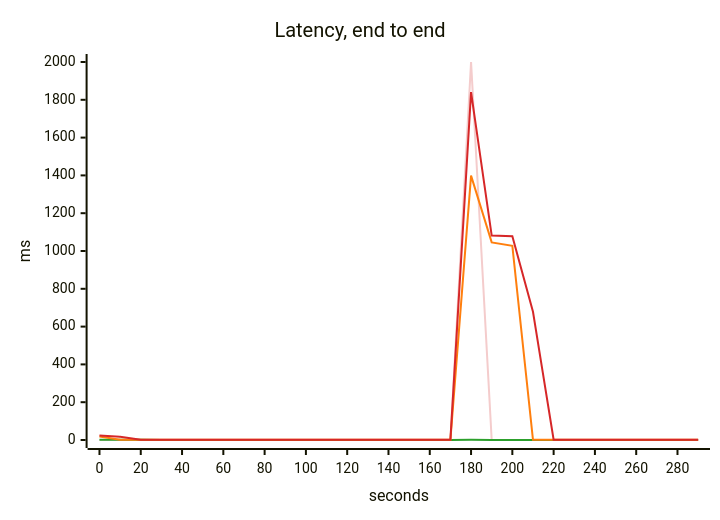
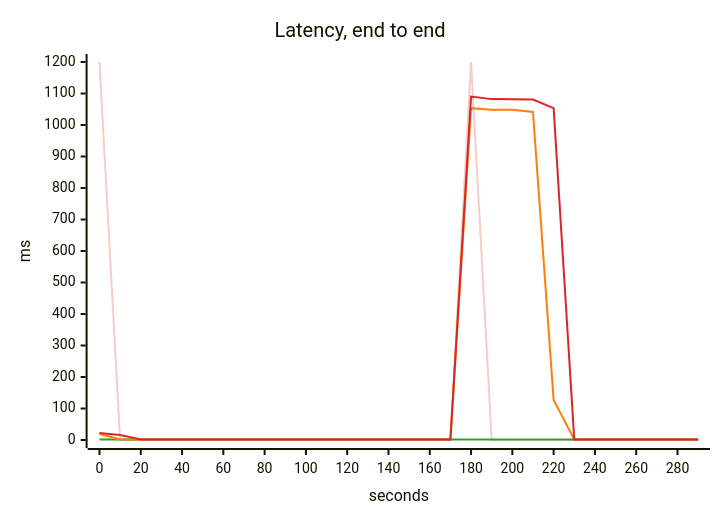
Before and after one commit to akinfemi/load-lore: the third of 5 diagrams in scenarios/cache-restart/solutions/coalesce/report.md, drawn with Mermaid. The commit also changed other lines of this file and 49 other files, not shown here.

````diff
--- a/scenarios/cache-restart/solutions/coalesce/report.md
+++ b/scenarios/cache-restart/solutions/coalesce/report.md
@@ -61,17 +60,17 @@
 ```mermaid
 ---
 config:
   themeVariables:
     xyChart:
       backgroundColor: "transparent"
       plotColorPalette: "#f4cccc, #2ca02c, #ff7f0e, #d62728"
 ---
 xychart-beta
     title "Latency, end to end"
     x-axis "seconds" 0 --> 290
-    y-axis "ms" 0 --> 2000
-    line [0, 0, 0, 0, 0, 0, 0, 0, 0, 0, 0, 0, 0, 0, 0, 0, 0, 0, 2000, 0, 0, 0, 0, 0, 0, 0, 0, 0, 0, 0]
-    line [0.965, 0.891, 0.783, 0.655, 0.601, 0.595, 0.593, 0.594, 0.597, 0.594, 0.597, 0.594, 0.585, 0.586, 0.586, 0.586, 0.585, 0.586, 0.734, 0.636, 0.622, 0.594, 0.59, 0.587, 0.586, 0.587, 0.587, 0.588, 0.585, 0.587]
-    line [18.222, 1.631, 1.036, 0.844, 0.75, 0.69, 0.73, 0.705, 0.737, 0.703, 0.735, 0.732, 0.724, 0.703, 0.727, 0.708, 0.726, 0.722, 1398.788, 1045.567, 1027.346, 0.883, 0.716, 0.693, 0.714, 0.704, 0.722, 0.718, 0.704, 0.719]
-    line [23.264, 17.043, 1.777, 1.139, 1.222, 0.982, 1.515, 1.123, 1.712, 0.945, 1.475, 1.413, 1.081, 0.944, 1.113, 0.939, 1.154, 1.281, 1840.945, 1081.52, 1077.875, 678.468, 1.496, 0.835, 1.039, 0.869, 1.133, 0.996, 0.859, 0.97]
+    y-axis "ms" 0 --> 1200
+    line [1200, 0, 0, 0, 0, 0, 0, 0, 0, 0, 0, 0, 0, 0, 0, 0, 0, 0, 1200, 0, 0, 0, 0, 0, 0, 0, 0, 0, 0, 0]
+    line [1.725, 1.631, 1.509, 1.319, 1.311, 1.304, 1.302, 1.292, 1.292, 1.288, 1.285, 1.28, 1.273, 1.277, 1.273, 1.275, 1.276, 1.276, 1.339, 1.32, 1.325, 1.306, 1.268, 1.265, 1.274, 1.276, 1.274, 1.276, 1.277, 1.278]
+    line [18.911, 1.907, 1.751, 1.44, 1.421, 1.38, 1.381, 1.377, 1.38, 1.377, 1.379, 1.378, 1.376, 1.379, 1.376, 1.378, 1.377, 1.377, 1053.519, 1048.72, 1048.417, 1041.267, 126.754, 1.373, 1.376, 1.376, 1.374, 1.378, 1.376, 1.377]
+    line [21.969, 15.971, 1.817, 1.505, 1.691, 1.493, 1.562, 1.485, 1.602, 1.483, 1.62, 1.714, 1.541, 1.847, 1.558, 1.854, 1.547, 1.693, 1090.224, 1082.15, 1082.09, 1080.66, 1053.609, 1.445, 1.541, 1.5, 1.451, 1.656, 1.483, 1.505]
 ```
````
